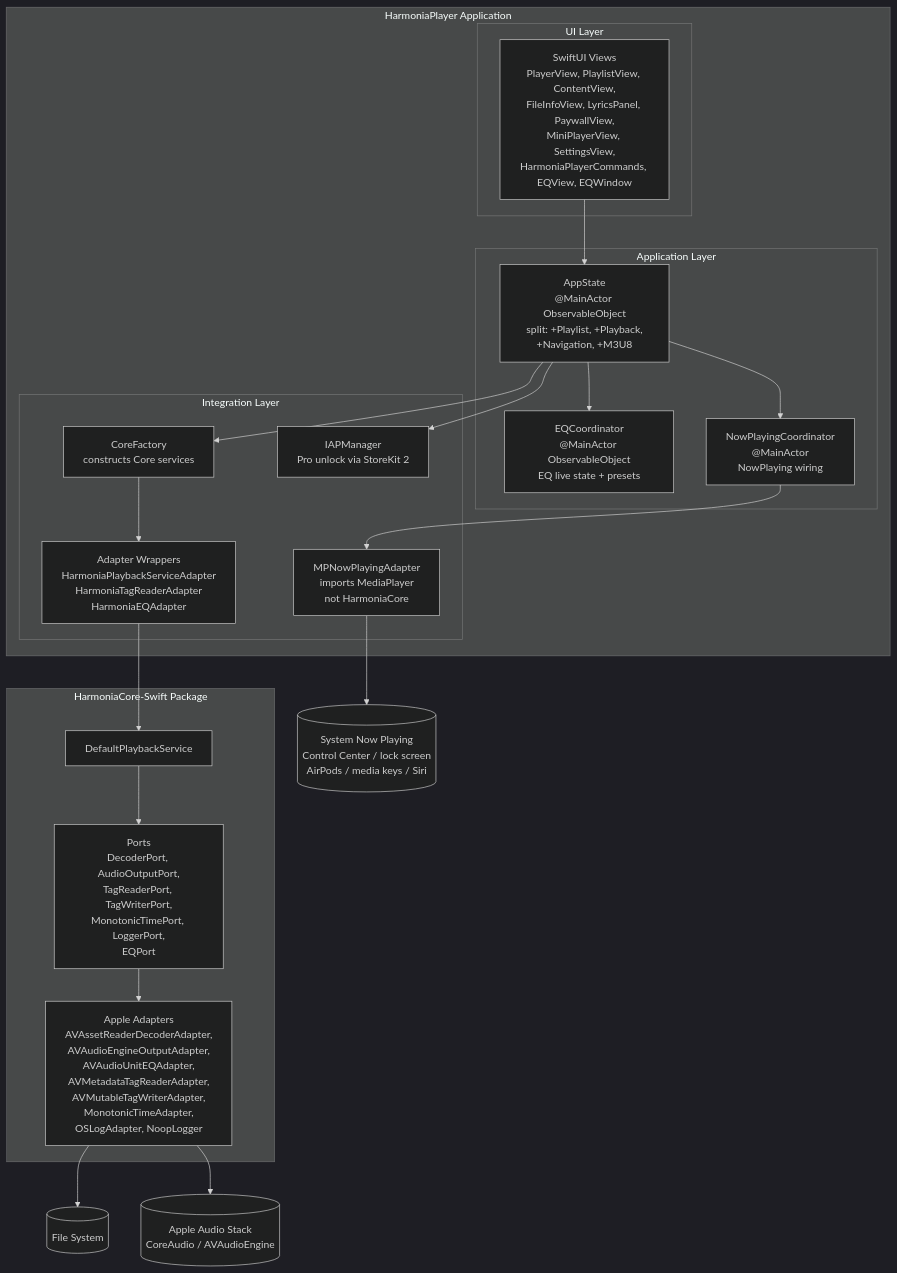
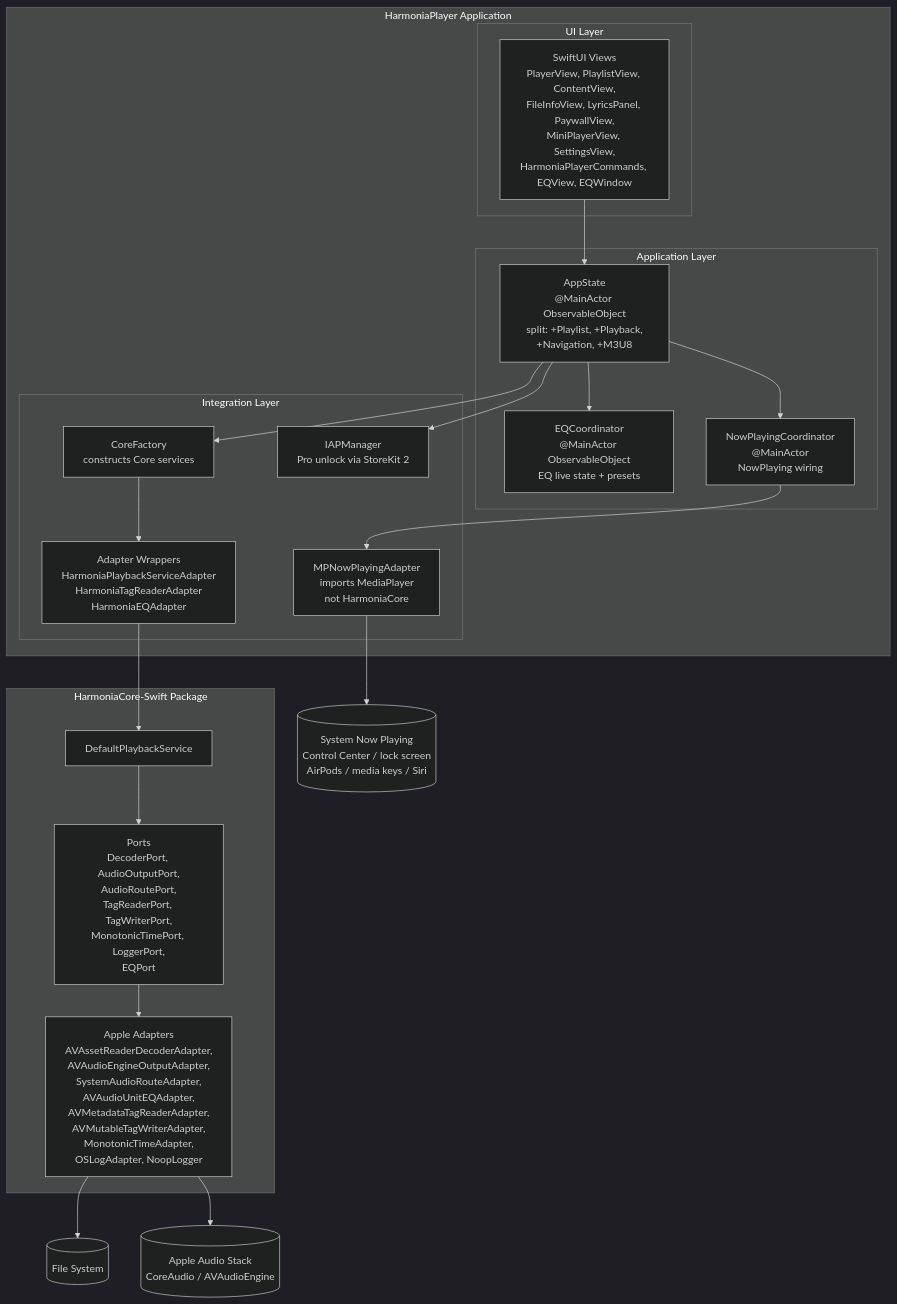
Before and after one commit to OneOfWolvesBilly/HarmoniaPlayer: the second of 2 diagrams in docs/architecture.md, drawn with Mermaid (dark theme). The commit also changed other lines of this file and 14 other files, not shown here.

```diff
--- a/docs/architecture.md
+++ b/docs/architecture.md
@@ -157,12 +157,14 @@
       service[DefaultPlaybackService]
       ports[Ports
 DecoderPort, AudioOutputPort,
+AudioRoutePort,
 TagReaderPort, TagWriterPort,
 MonotonicTimePort, LoggerPort,
 EQPort]
       adapters[Apple Adapters
 AVAssetReaderDecoderAdapter,
 AVAudioEngineOutputAdapter,
+SystemAudioRouteAdapter,
 AVAudioUnitEQAdapter,
 AVMetadataTagReaderAdapter,
 AVMutableTagWriterAdapter,
```
